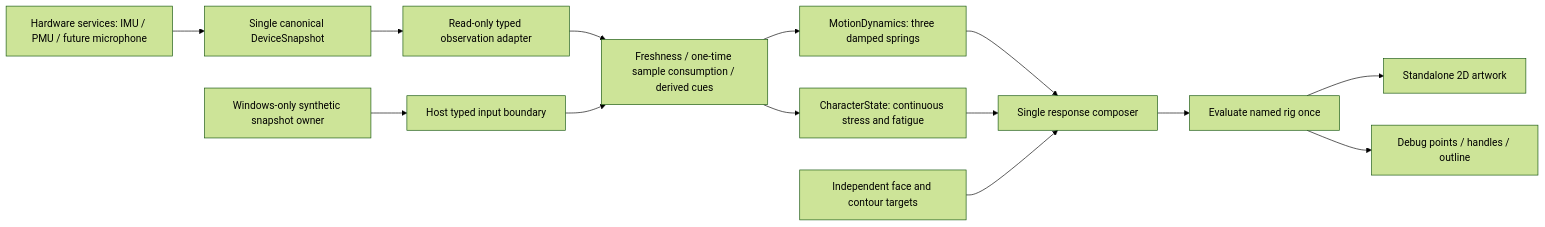
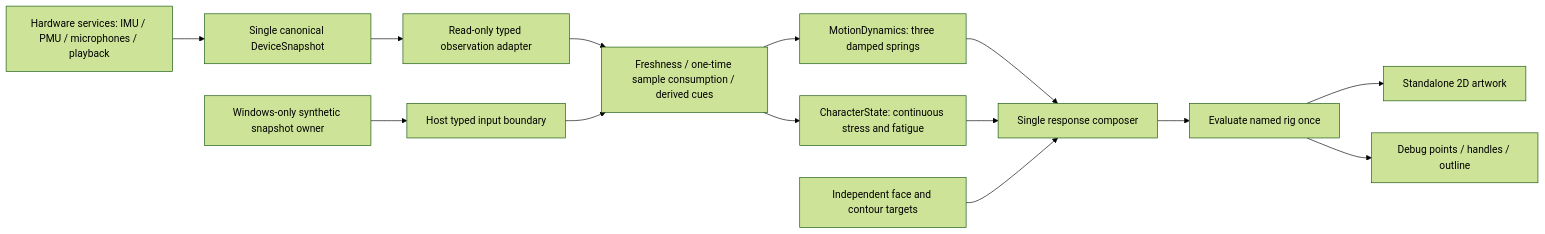
Before and after one commit to umbertotechnopreneur/esp32-luna-shell: the diagram in docs/architecture/cody-response-engine.md, drawn with Mermaid (forest theme). The commit also changed other lines of this file and 9 other files, not shown here.

````diff
--- a/docs/architecture/cody-response-engine.md
+++ b/docs/architecture/cody-response-engine.md
@@ -10,16 +12,16 @@
 ```mermaid
 flowchart LR
-    HW[Hardware services: IMU / PMU / future microphone] --> DS[Single canonical DeviceSnapshot]
+    HW[Hardware services: IMU / PMU / microphones / playback] --> DS[Single canonical DeviceSnapshot]
     DS --> AD[Read-only typed observation adapter]
     SS[Windows-only synthetic snapshot owner] --> ADH[Host typed input boundary]
     AD --> FE[Freshness / one-time sample consumption / derived cues]
     ADH --> FE
     FE --> MD[MotionDynamics: three damped springs]
     FE --> CS[CharacterState: continuous stress and fatigue]
     MD --> CO[Single response composer]
     CS --> CO
     BC[Independent face and contour targets] --> CO
     CO --> RI[Evaluate named rig once]
     RI --> AR[Standalone 2D artwork]
     RI --> DB[Debug points / handles / outline]
 ```
````
